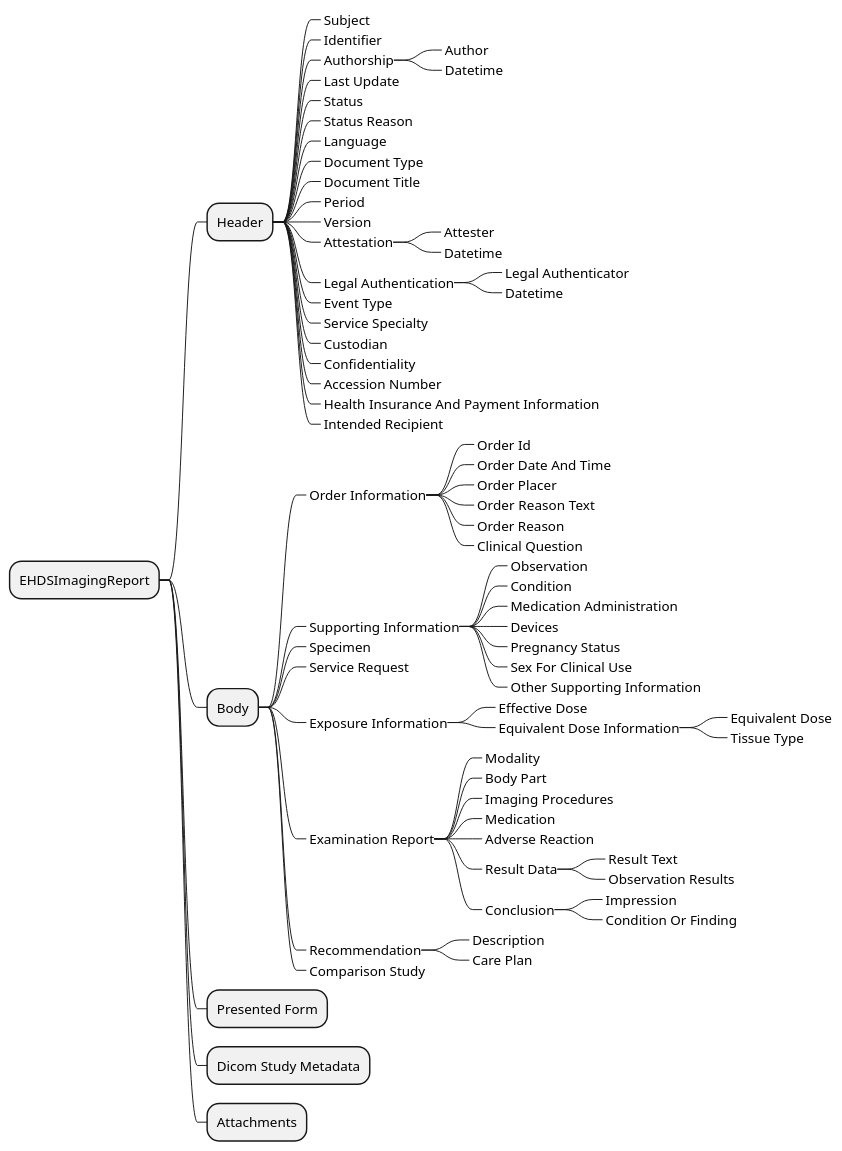
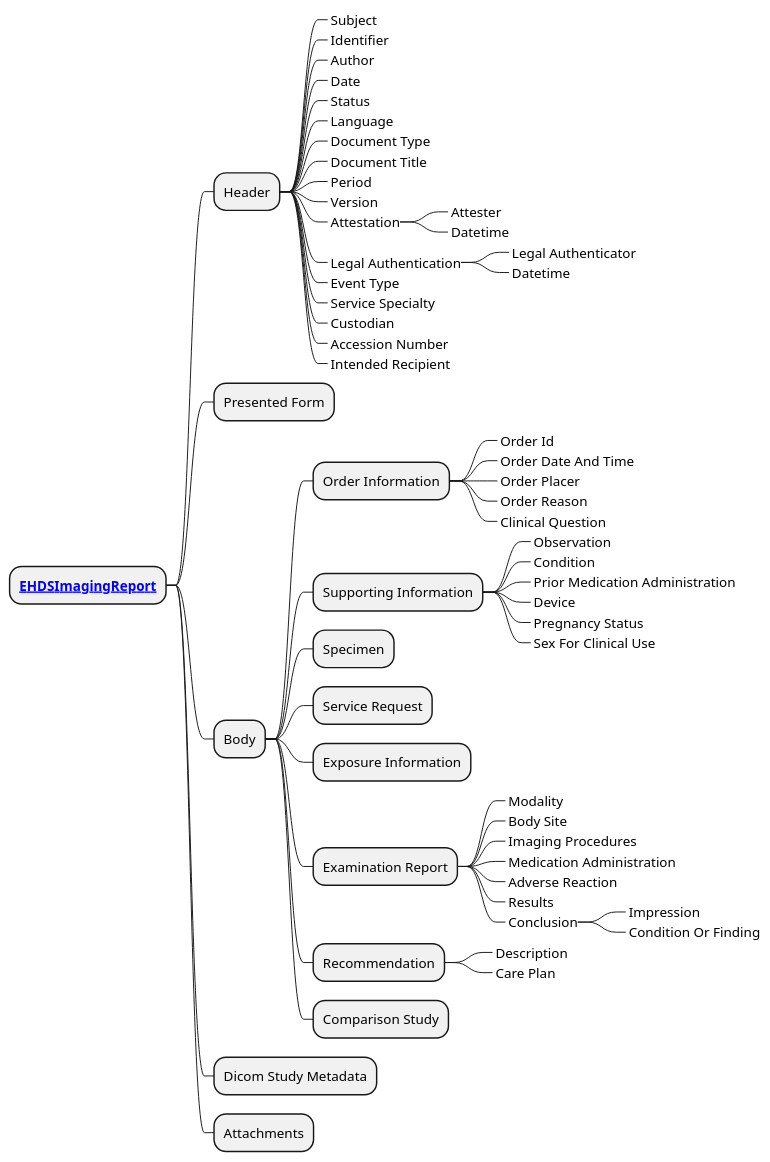
The diagram in input/images-source/imgReport_CIM.plantuml (Xt-EHR/xt-ehr-common), drawn with PlantUML before and after one commit. The commit also changed 7 other files, not shown here.

Commit message:
new mindmaps for imaging, lab, meds

```diff
--- a/input/images-source/imgReport_CIM.plantuml
+++ b/input/images-source/imgReport_CIM.plantuml
@@ -1,72 +1,61 @@
 @startmindmap
-* EHDSImagingReport
+skinparam topurl StructureDefinition-
+
+* **[[EHDSImagingReport.html EHDSImagingReport]]**
 ** Header
 ***_ Subject
 ***_ Identifier
-***_ Authorship
-****_ Author
-****_ Datetime
-***_ Last Update
+***_ Author
+***_ Date
 ***_ Status
-***_ Status Reason
 ***_ Language
 ***_ Document Type
 ***_ Document Title
 ***_ Period
 ***_ Version
 ***_ Attestation
 ****_ Attester
 ****_ Datetime
 ***_ Legal Authentication
 ****_ Legal Authenticator
 ****_ Datetime
 ***_ Event Type
 ***_ Service Specialty
 ***_ Custodian
-***_ Confidentiality
 ***_ Accession Number
-***_ Health Insurance And Payment Information
 ***_ Intended Recipient
+** Presented Form
 ** Body
-***_ Order Information
+*** Order Information
 ****_ Order Id
 ****_ Order Date And Time
 ****_ Order Placer
-****_ Order Reason Text
 ****_ Order Reason
 ****_ Clinical Question
-***_ Supporting Information
+*** Supporting Information
 ****_ Observation
 ****_ Condition
-****_ Medication Administration
-****_ Devices
+****_ Prior Medication Administration
+****_ Device
 ****_ Pregnancy Status
 ****_ Sex For Clinical Use
-****_ Other Supporting Information
-***_ Specimen
-***_ Service Request
-***_ Exposure Information
-****_ Effective Dose
-****_ Equivalent Dose Information
-*****_ Equivalent Dose
-*****_ Tissue Type
-***_ Examination Report
+*** Specimen
+*** Service Request
+*** Exposure Information
+*** Examination Report
 ****_ Modality
-****_ Body Part
+****_ Body Site
 ****_ Imaging Procedures
-****_ Medication
+****_ Medication Administration
 ****_ Adverse Reaction
-****_ Result Data
-*****_ Result Text
-*****_ Observation Results
+****_ Results
 ****_ Conclusion
 *****_ Impression
 *****_ Condition Or Finding
-***_ Recommendation
+*** Recommendation
 ****_ Description
 ****_ Care Plan
-***_ Comparison Study
-** Presented Form
+*** Comparison Study
 ** Dicom Study Metadata
 ** Attachments
 @endmindmap
```
